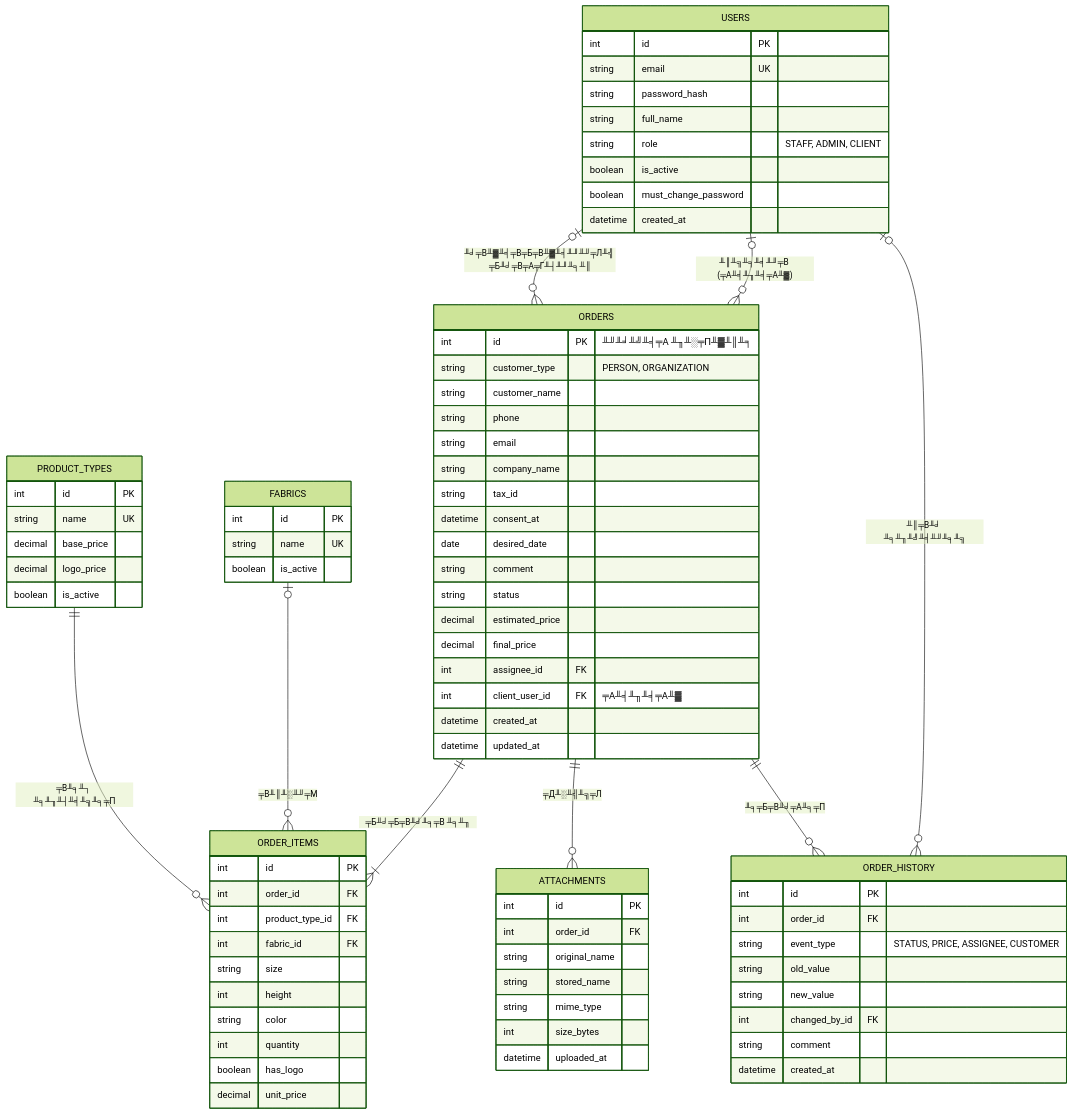
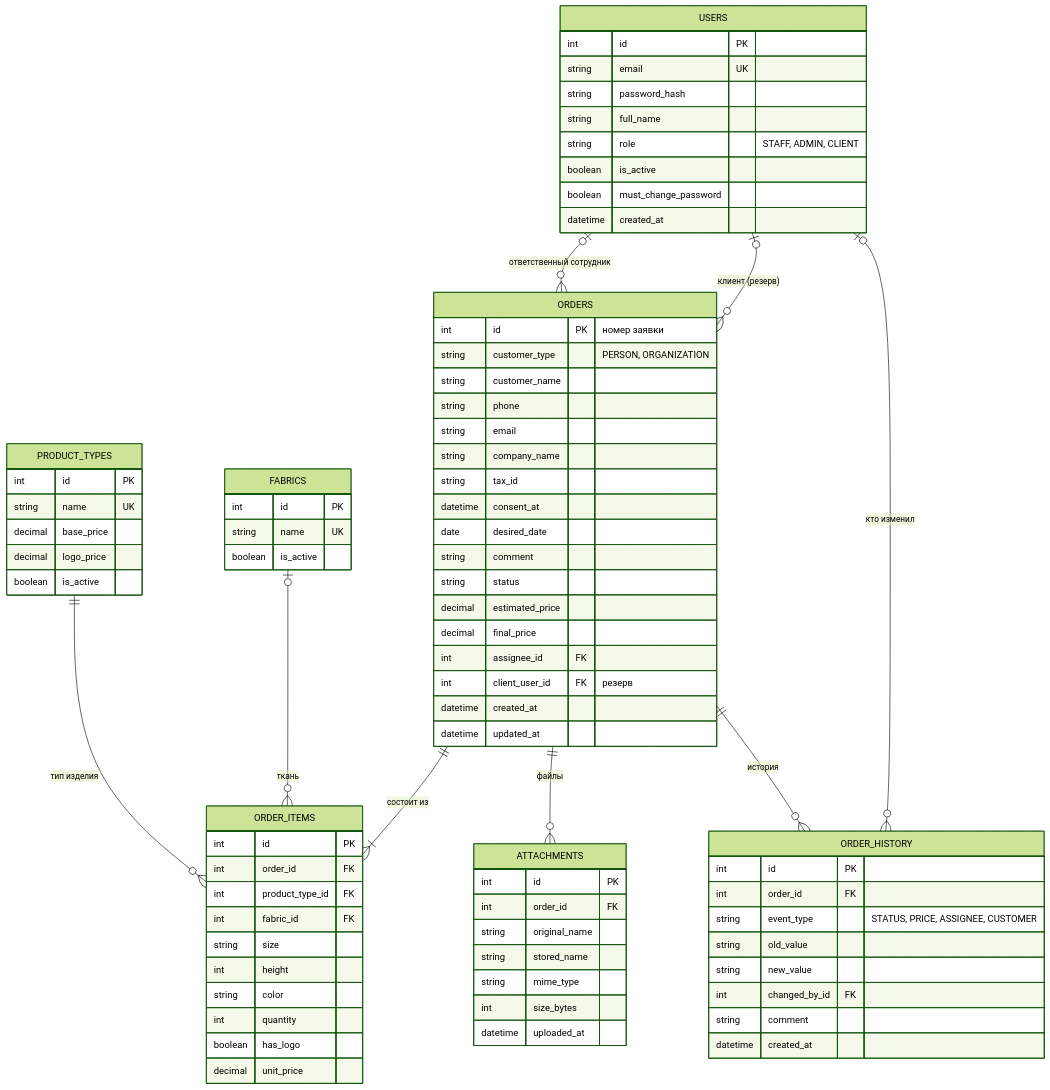
The first of 2 diagrams in docs/architecture.md (hudajbergenovafaiza-sketch/uniform-orders), drawn with Mermaid (forest theme) before and after one commit. The commit also changed other lines of this file, not shown here.

Commit message:
Исправлена кодировка architecture.md через Node.js UTF-8

````diff
--- a/docs/architecture.md
+++ b/docs/architecture.md
@@ -295,7 +295,7 @@
         boolean is_active
     }
     ORDERS {
-        int id PK "╨╜╨╛╨╝╨╡╤А ╨╖╨░╤П╨▓╨║╨╕"
+        int id PK "номер заявки"
         string customer_type "PERSON, ORGANIZATION"
         string customer_name
         string phone
@@ -309,7 +309,7 @@
         decimal estimated_price
         decimal final_price
         int assignee_id FK
-        int client_user_id FK "╤А╨╡╨╖╨╡╤А╨▓"
+        int client_user_id FK "резерв"
         datetime created_at
         datetime updated_at
     }
@@ -345,12 +345,12 @@
         datetime created_at
     }
 
-    USERS |o--o{ ORDERS : "╨╛╤В╨▓╨╡╤В╤Б╤В╨▓╨╡╨╜╨╜╤Л╨╣ ╤Б╨╛╤В╤А╤Г╨┤╨╜╨╕╨║"
-    USERS |o--o{ ORDERS : "╨║╨╗╨╕╨╡╨╜╤В (╤А╨╡╨╖╨╡╤А╨▓)"
-    ORDERS ||--|{ ORDER_ITEMS : "╤Б╨╛╤Б╤В╨╛╨╕╤В ╨╕╨╖"
-    PRODUCT_TYPES ||--o{ ORDER_ITEMS : "╤В╨╕╨┐ ╨╕╨╖╨┤╨╡╨╗╨╕╤П"
-    FABRICS |o--o{ ORDER_ITEMS : "╤В╨║╨░╨╜╤М"
-    ORDERS ||--o{ ATTACHMENTS : "╤Д╨░╨╣╨╗╤Л"
-    ORDERS ||--o{ ORDER_HISTORY : "╨╕╤Б╤В╨╛╤А╨╕╤П"
-    USERS |o--o{ ORDER_HISTORY : "╨║╤В╨╛ ╨╕╨╖╨╝╨╡╨╜╨╕╨╗"
+    USERS |o--o{ ORDERS : "ответственный сотрудник"
+    USERS |o--o{ ORDERS : "клиент (резерв)"
+    ORDERS ||--|{ ORDER_ITEMS : "состоит из"
+    PRODUCT_TYPES ||--o{ ORDER_ITEMS : "тип изделия"
+    FABRICS |o--o{ ORDER_ITEMS : "ткань"
+    ORDERS ||--o{ ATTACHMENTS : "файлы"
+    ORDERS ||--o{ ORDER_HISTORY : "история"
+    USERS |o--o{ ORDER_HISTORY : "кто изменил"
 ```
````
